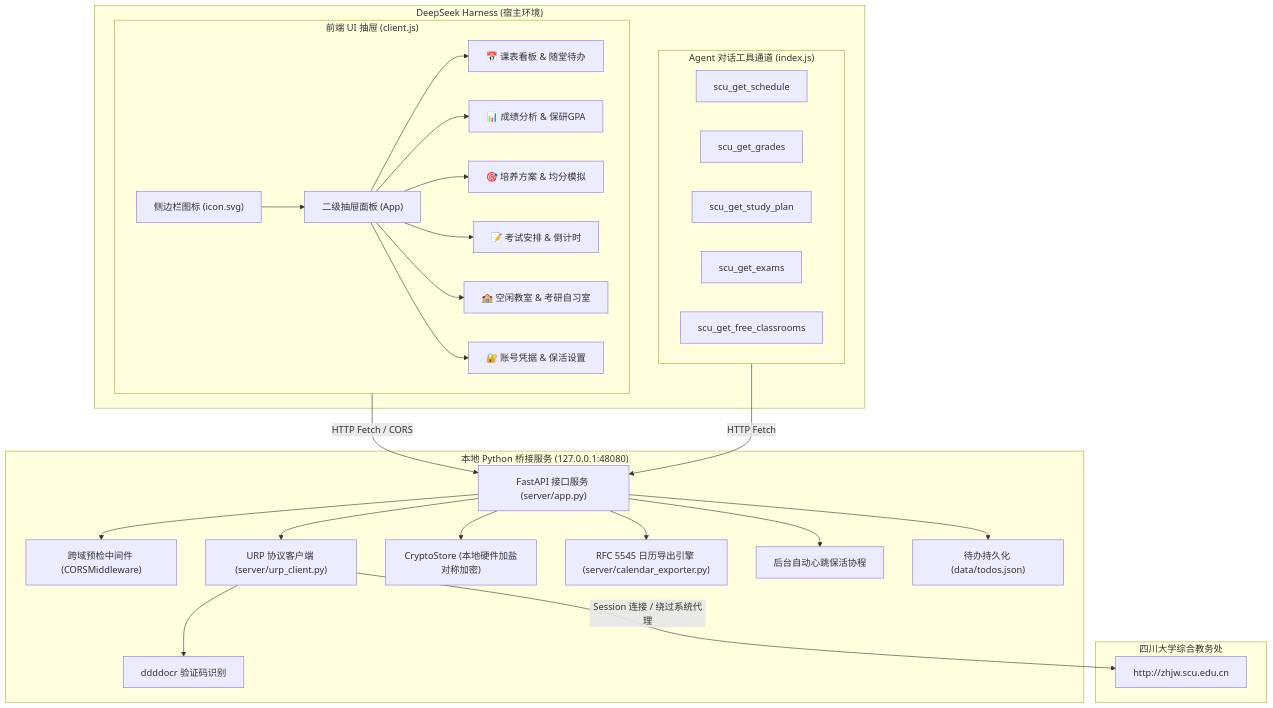
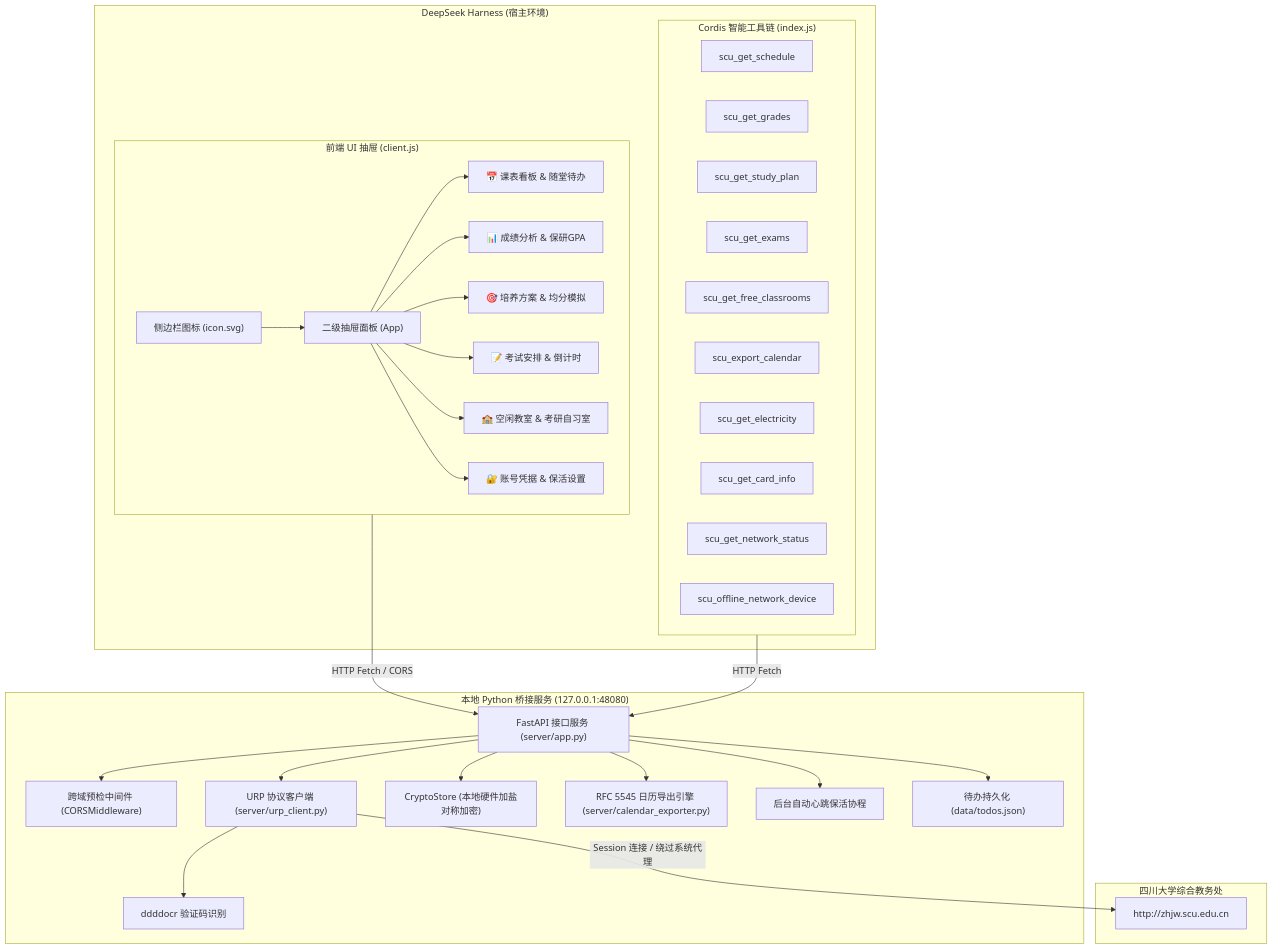
Before and after one commit to AR-26710-1/dsh-plugin-scu-urp: the diagram in README.md, drawn with Mermaid. The commit also changed other lines of this file and 2 other files, not shown here.

Commit message:
feat: 注册一卡通与校园网3大Cordis智能工具，实现AI对话实时感知与远程设备下线

````diff
--- a/README.md
+++ b/README.md
@@ -77,47 +82,52 @@
 ```mermaid
 flowchart TD
     subgraph DSH["DeepSeek Harness (宿主环境)"]
         subgraph UI["前端 UI 抽屉 (client.js)"]
             Sidebar["侧边栏图标 (icon.svg)"] --> Drawer["二级抽屉面板 (App)"]
             Drawer --> TabSchedule["📅 课表看板 & 随堂待办"]
             Drawer --> TabGrades["📊 成绩分析 & 保研GPA"]
             Drawer --> TabPlan["🎯 培养方案 & 均分模拟"]
             Drawer --> TabExams["📝 考试安排 & 倒计时"]
             Drawer --> TabRooms["🏫 空闲教室 & 考研自习室"]
             Drawer --> TabSettings["🔐 账号凭据 & 保活设置"]
         end
-        subgraph Tools["Agent 对话工具通道 (index.js)"]
+        subgraph Tools["Cordis 智能工具链 (index.js)"]
             T1["scu_get_schedule"]
             T2["scu_get_grades"]
             T3["scu_get_study_plan"]
             T4["scu_get_exams"]
             T5["scu_get_free_classrooms"]
+            T6["scu_export_calendar"]
+            T7["scu_get_electricity"]
+            T8["scu_get_card_info"]
+            T9["scu_get_network_status"]
+            T10["scu_offline_network_device"]
         end
     end
 
     subgraph Backend["本地 Python 桥接服务 (127.0.0.1:48080)"]
         FastAPI["FastAPI 接口服务 (server/app.py)"]
         CORS["跨域预检中间件 (CORSMiddleware)"]
         Client["URP 协议客户端 (server/urp_client.py)"]
         OCR["ddddocr 验证码识别"]
         Store["CryptoStore (本地硬件加盐对称加密)"]
         ICS["RFC 5545 日历导出引擎 (server/calendar_exporter.py)"]
         Heartbeat["后台自动心跳保活协程"]
         Todos["待办持久化 (data/todos.json)"]
     end
 
     subgraph Remote["四川大学综合教务处"]
         URP["http://zhjw.scu.edu.cn"]
     end
 
     UI -->|HTTP Fetch / CORS| FastAPI
     Tools -->|HTTP Fetch| FastAPI
     FastAPI --> CORS
     FastAPI --> Heartbeat
     FastAPI --> Client
     FastAPI --> Store
     FastAPI --> ICS
     FastAPI --> Todos
     Client --> OCR
     Client -->|Session 连接 / 绕过系统代理| URP
 ```
````
